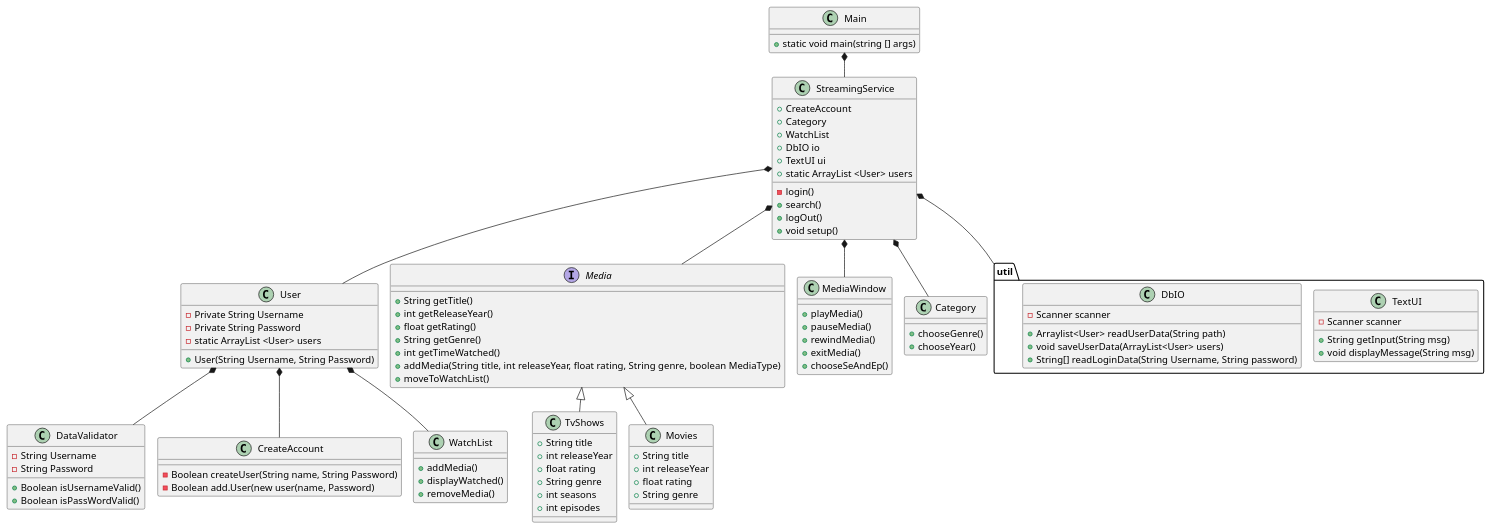
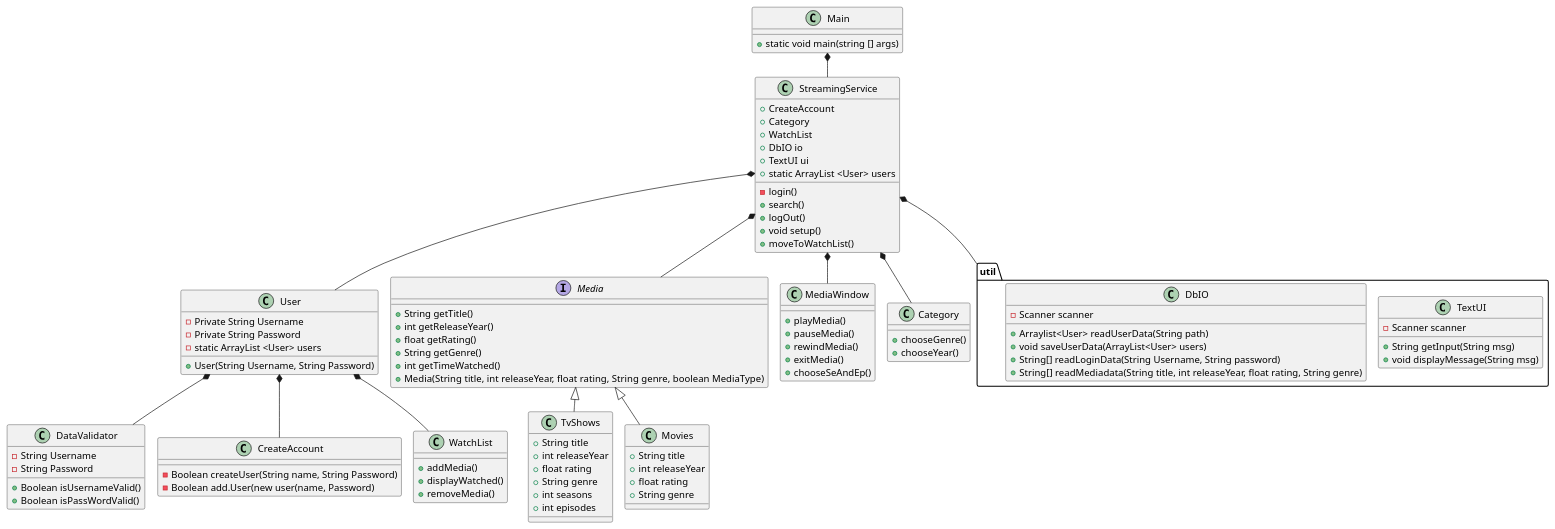
The diagram in doc/static/classdiagram.puml (PatrickPlease/SP3-Chillplease), drawn with PlantUML before and after one commit.

```diff
--- a/doc/static/classdiagram.puml
+++ b/doc/static/classdiagram.puml
@@ -1,115 +1,116 @@
 @startuml
 'Domænemodellen giver nye entity klasser
 'Pakker, model og util
 !pragma layout smetana
 
 class Main
 class User
 class DataValidator
 class CreateAccount
 class WatchList
 interface Media
 class TvShows
 class Movies
 class MediaWindow
 class Category
 class StreamingService
 
 
 package "util"{
        class TextUI
        class DbIO
 }
 
 Main *-- StreamingService
 StreamingService *-- User
 User *-- DataValidator
 User *-- CreateAccount
 User *-- WatchList
 StreamingService *-- Media
 Media <|-- Movies
 Media <|-- TvShows
 StreamingService *-- MediaWindow
 StreamingService *-- util
 StreamingService *-- Category
 
 Main : + static void main(string [] args)
 
 StreamingService : + CreateAccount
 StreamingService : + Category
 StreamingService : + WatchList
 StreamingService : + DbIO io
 StreamingService : + TextUI ui
 StreamingService : + static ArrayList <User> users
 '---_new-----
 StreamingService : - login()
 StreamingService : + search()
 StreamingService : + logOut()
 StreamingService : + void setup()
+StreamingService : + moveToWatchList()
 '-----------
 
 User : - Private String Username
 User : - Private String Password
 User : - static ArrayList <User> users
 '---_new-----
 User : + User(String Username, String Password)
 
 '-----------
 DataValidator : - String Username
 DataValidator : - String Password
 '---_new-----
 DataValidator : + Boolean isUsernameValid()
 DataValidator : + Boolean isPassWordValid()
 '-----------
 
 CreateAccount : - Boolean createUser(String name, String Password)
 CreateAccount : - Boolean add.User(new user(name, Password)
 
 WatchList : + addMedia()
 WatchList : + displayWatched()
 WatchList : + removeMedia()
 
 
 Media : + String getTitle()
 Media : + int getReleaseYear()
 Media : + float getRating()
 Media : + String getGenre()
 Media : + int getTimeWatched()
 '---_new-----
-Media : + addMedia(String title, int releaseYear, float rating, String genre, boolean MediaType)
-Media : + moveToWatchList()
+Media : + Media(String title, int releaseYear, float rating, String genre, boolean MediaType)
 '-----------
 
 TvShows : + String title
 TvShows : + int releaseYear
 TvShows : + float rating
 TvShows : + String genre
 TvShows : + int seasons
 TvShows : + int episodes
 
 Movies : + String title
 Movies : + int releaseYear
 Movies : + float rating
 Movies : + String genre
 
 MediaWindow : + playMedia()
 MediaWindow : + pauseMedia()
 MediaWindow : + rewindMedia()
 MediaWindow : + exitMedia()
 MediaWindow : + chooseSeAndEp()
 
 Category : + chooseGenre()
 Category : + chooseYear()
 
 DbIO : - Scanner scanner
 '---_new-----
 DbIO : + Arraylist<User> readUserData(String path)
 DbIO : + void saveUserData(ArrayList<User> users)
 DbIO : + String[] readLoginData(String Username, String password)
+DbIO : + String[] readMediadata(String title, int releaseYear, float rating, String genre)
 '-----------
 
 TextUI : + String getInput(String msg)
 TextUI : - Scanner scanner
 TextUI : + void displayMessage(String msg)
 
 @enduml
```
